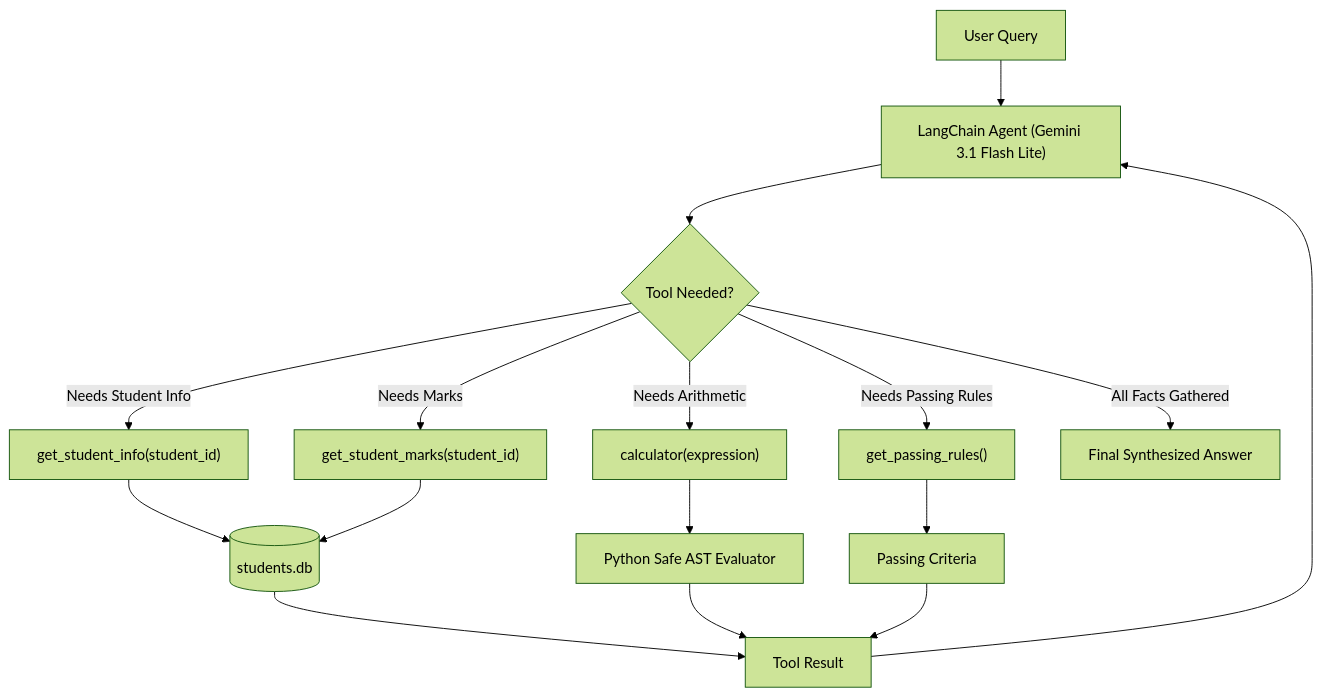
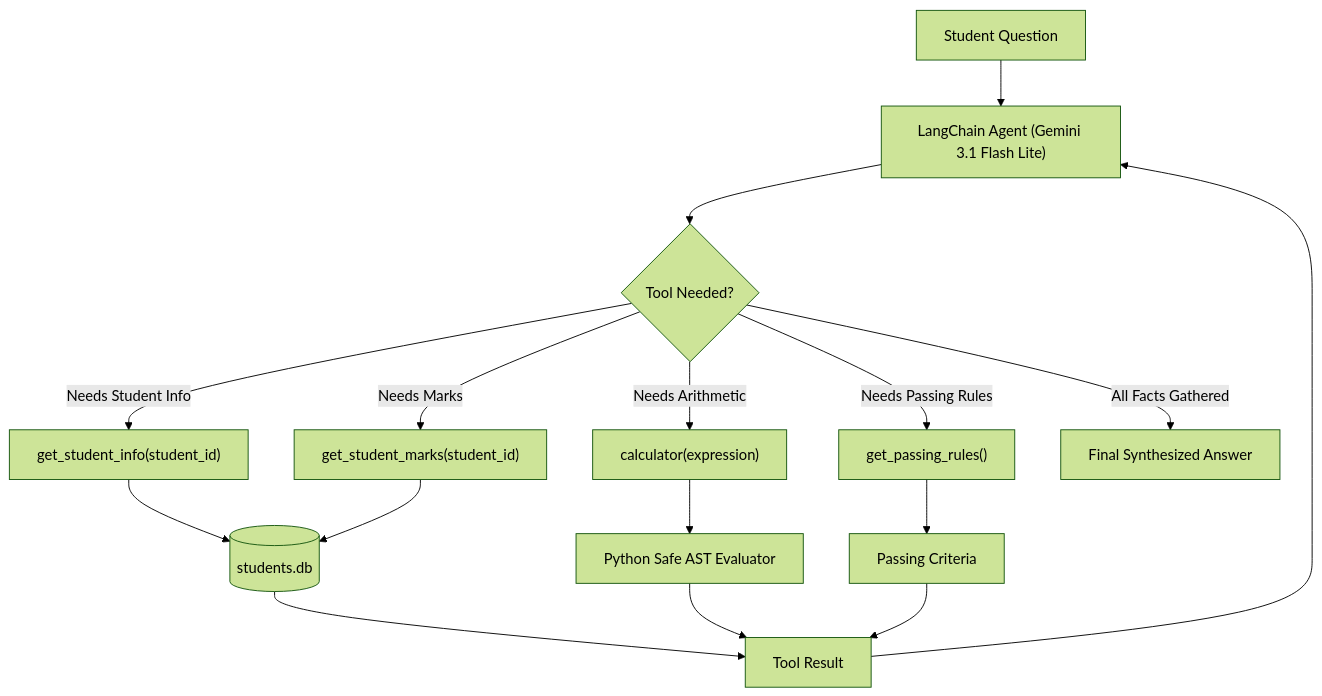
The diagram in README.md (Prajeeth-12/sodak-day-5), drawn with Mermaid (forest theme) before and after one commit. The commit also changed other lines of this file, not shown here.

````diff
--- a/README.md
+++ b/README.md
@@ -47,22 +39,22 @@
 ```mermaid
 flowchart TD
-    UserQuery["User Query"] --> Agent["LangChain Agent (Gemini 3.1 Flash Lite)"]
+    UserQuery["Student Question"] --> Agent["LangChain Agent (Gemini 3.1 Flash Lite)"]
     Agent --> Decide{"Tool Needed?"}
     
     Decide -- "Needs Student Info" --> T1["get_student_info(student_id)"]
     Decide -- "Needs Marks" --> T2["get_student_marks(student_id)"]
     Decide -- "Needs Arithmetic" --> T3["calculator(expression)"]
     Decide -- "Needs Passing Rules" --> T4["get_passing_rules()"]
     
     T1 --> DB[("students.db")]
     T2 --> DB
     T3 --> MathEval["Python Safe AST Evaluator"]
     T4 --> RulesConst["Passing Criteria"]
     
     DB --> ToolResult["Tool Result"]
     MathEval --> ToolResult
     RulesConst --> ToolResult
     
     ToolResult --> Agent
     Decide -- "All Facts Gathered" --> FinalAnswer["Final Synthesized Answer"]
 ```
````
